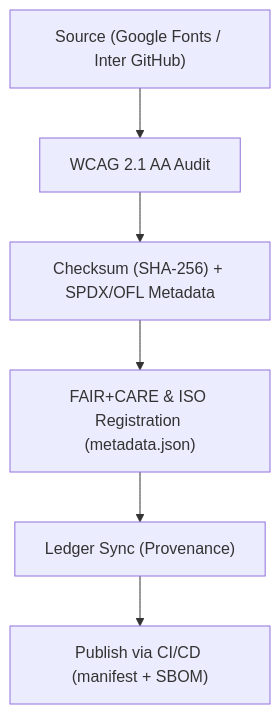
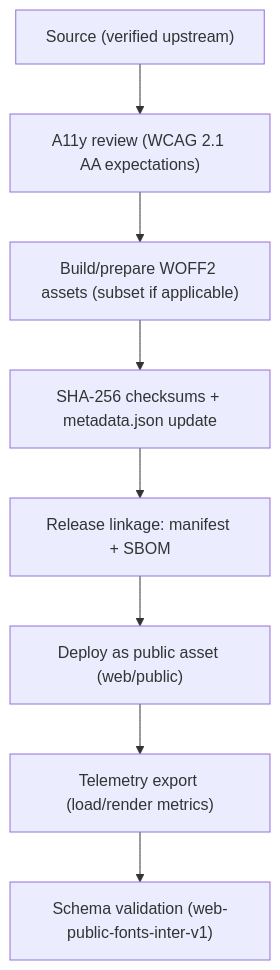
One commit to bartytime4life/Kansas-Frontier-Matrix changed the diagram in web/public/fonts/Inter/README.md. Above: the diagram before and after it, drawn with Mermaid. The commit also changed other lines of this file, not shown here.

````diff
--- a/web/public/fonts/Inter/README.md
+++ b/web/public/fonts/Inter/README.md
@@ -56,8 +175,10 @@
-```mermaid
+~~~mermaid
 flowchart TD
-A["Source (Google Fonts / Inter GitHub)"] --> B["WCAG 2.1 AA Audit"]
-B --> C["Checksum (SHA-256) + SPDX/OFL Metadata"]
-C --> D["FAIR+CARE & ISO Registration (metadata.json)"]
-D --> E["Ledger Sync (Provenance)"]
-E --> F["Publish via CI/CD (manifest + SBOM)"]
-```
+  A["Source (verified upstream)"] --> B["A11y review (WCAG 2.1 AA expectations)"]
+  B --> C["Build/prepare WOFF2 assets (subset if applicable)"]
+  C --> D["SHA-256 checksums + metadata.json update"]
+  D --> E["Release linkage: manifest + SBOM"]
+  E --> F["Deploy as public asset (web/public)"]
+  F --> G["Telemetry export (load/render metrics)"]
+  G --> H["Schema validation (web-public-fonts-inter-v1)"]
+~~~
````
